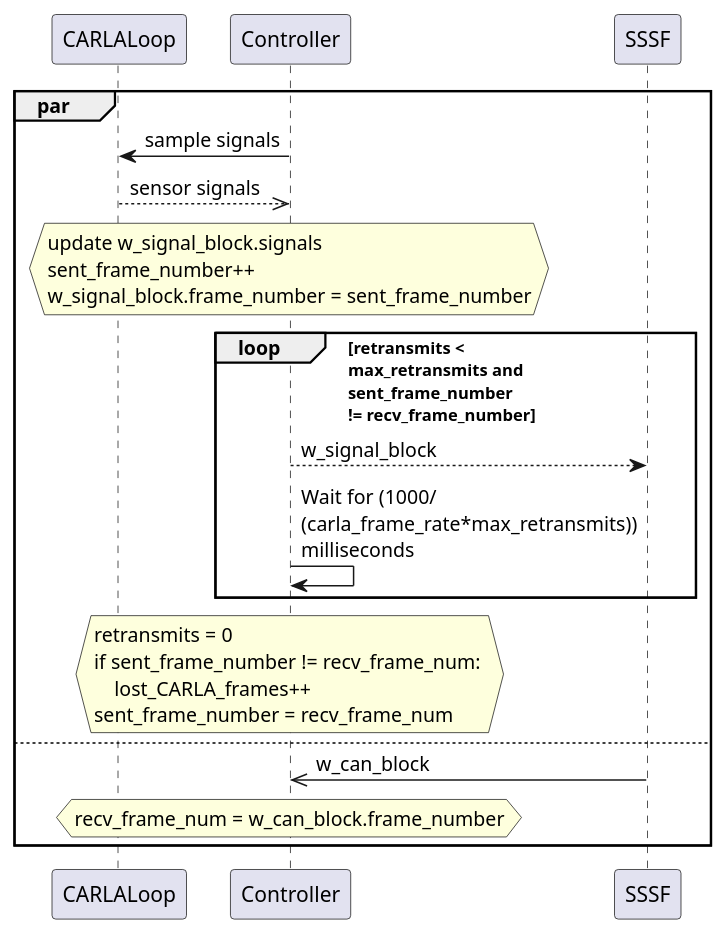
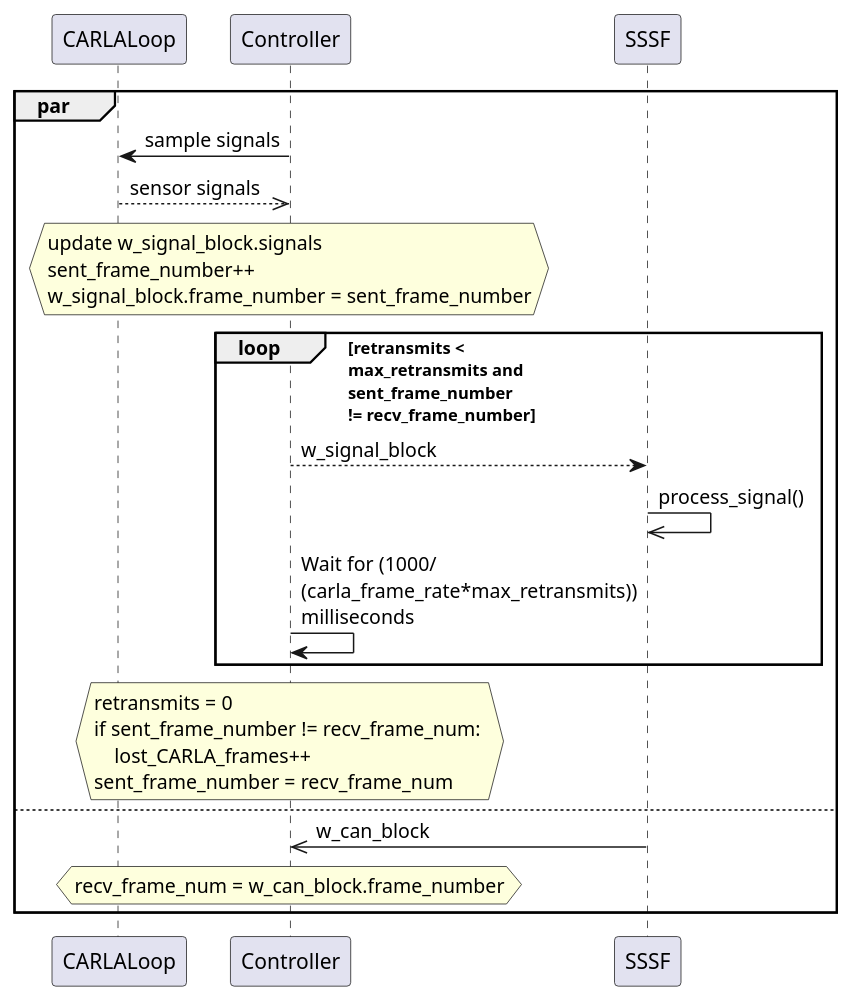
One commit to SystemsCyber/Software-Defined-Truck changed the diagram in Doc/Paper/images/signal_control.wsd. Above: the diagram before and after it, drawn with PlantUML. The commit also changed 8 other files, not shown here.

```diff
--- a/Doc/Paper/images/signal_control.wsd
+++ b/Doc/Paper/images/signal_control.wsd
@@ -1,24 +1,25 @@
 @startuml
 par
 CARLALoop <- Controller : sample signals
 CARLALoop -->> Controller: sensor signals
 hnote over Controller
 update w_signal_block.signals
 sent_frame_number++
 w_signal_block.frame_number = sent_frame_number
 endhnote
 loop retransmits < \nmax_retransmits and\nsent_frame_number \n!= recv_frame_number
 Controller --> SSSF: w_signal_block
+SSSF ->> SSSF: process_signal()
 Controller -> Controller: Wait for (1000/\n(carla_frame_rate*max_retransmits))\nmilliseconds
 end
 hnote over Controller
 retransmits = 0
 if sent_frame_number != recv_frame_num: 
     lost_CARLA_frames++
 sent_frame_number = recv_frame_num
 endhnote
 else
 SSSF ->> Controller: w_can_block
 hnote over Controller: recv_frame_num = w_can_block.frame_number
 end
 @enduml
```
